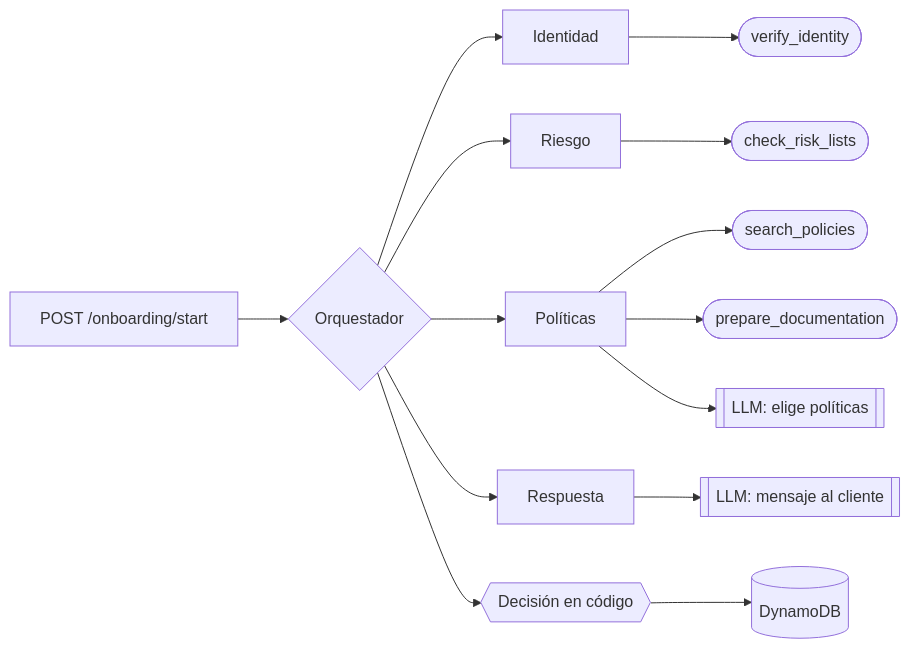
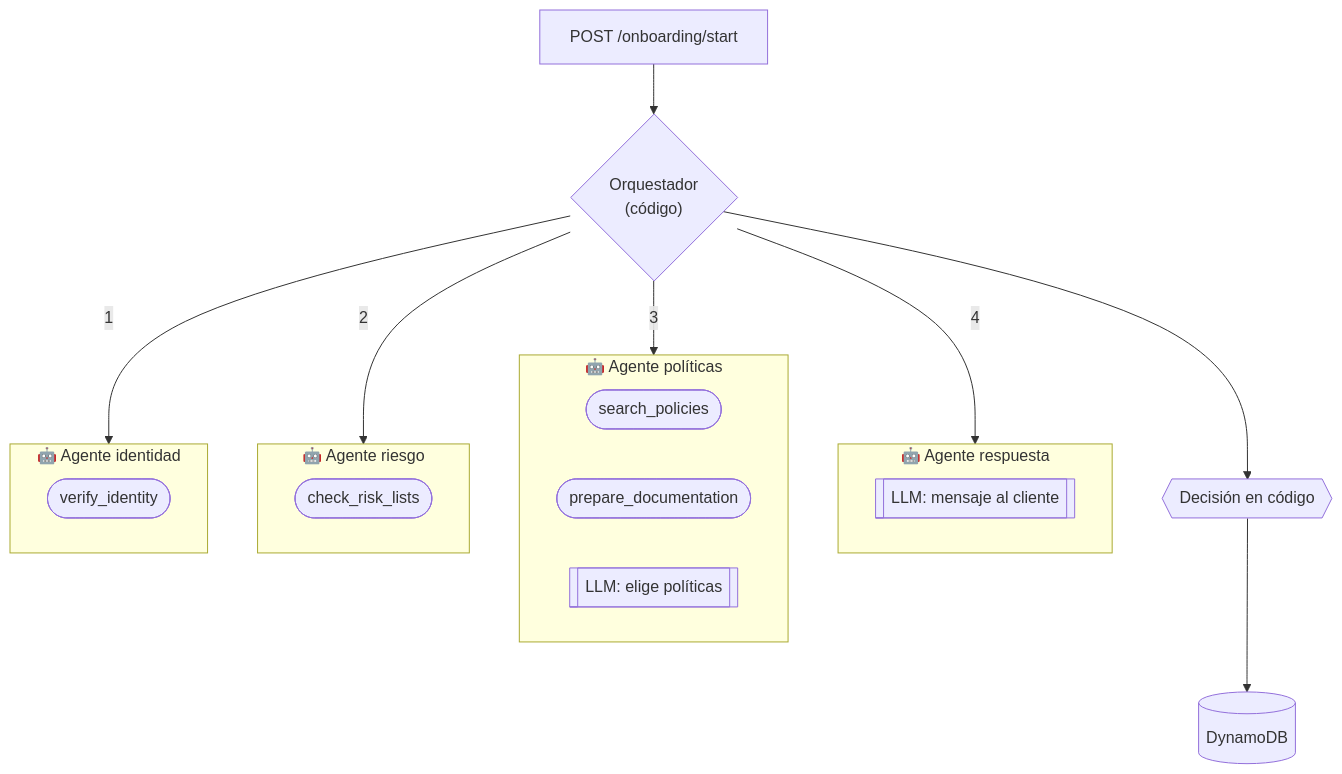
The second of 2 diagrams in README.md (pqbas/banco-pichincha), drawn with Mermaid before and after one commit. The commit also changed other lines of this file, not shown here.

Commit message:
docs: diagrama de arquitectura y agentes marcados en los diagramas

````diff
--- a/README.md
+++ b/README.md
@@ -80,11 +100,26 @@
 ```mermaid
-flowchart LR
-    API[POST /onboarding/start] --> O{Orquestador}
-    O --> I[Identidad] --> T1([verify_identity])
-    O --> R[Riesgo] --> T2([check_risk_lists])
-    O --> P[Políticas] --> T3([search_policies]) & T4([prepare_documentation])
-    P --> L1[[LLM: elige políticas]]
-    O --> M[Respuesta] --> L2[[LLM: mensaje al cliente]]
-    O --> D{{Decisión en código}}
-    D --> DB[(DynamoDB)]
+flowchart TB
+    API[POST /onboarding/start] --> O{"Orquestador<br/>(código)"}
+
+    %% Declarados al revés: Mermaid los ubica de derecha a izquierda
+    subgraph AM["🤖 Agente respuesta"]
+        L2[[LLM: mensaje al cliente]]
+    end
+    subgraph AP["🤖 Agente políticas"]
+        T3([search_policies])
+        T4([prepare_documentation])
+        L1[[LLM: elige políticas]]
+    end
+    subgraph AR["🤖 Agente riesgo"]
+        T2([check_risk_lists])
+    end
+    subgraph AI["🤖 Agente identidad"]
+        T1([verify_identity])
+    end
+
+    O -- "1" --> AI
+    O -- "2" --> AR
+    O -- "3" --> AP
+    O -- "4" --> AM
+    O --> D{{Decisión en código}} --> DB[(DynamoDB)]
 ```
````
